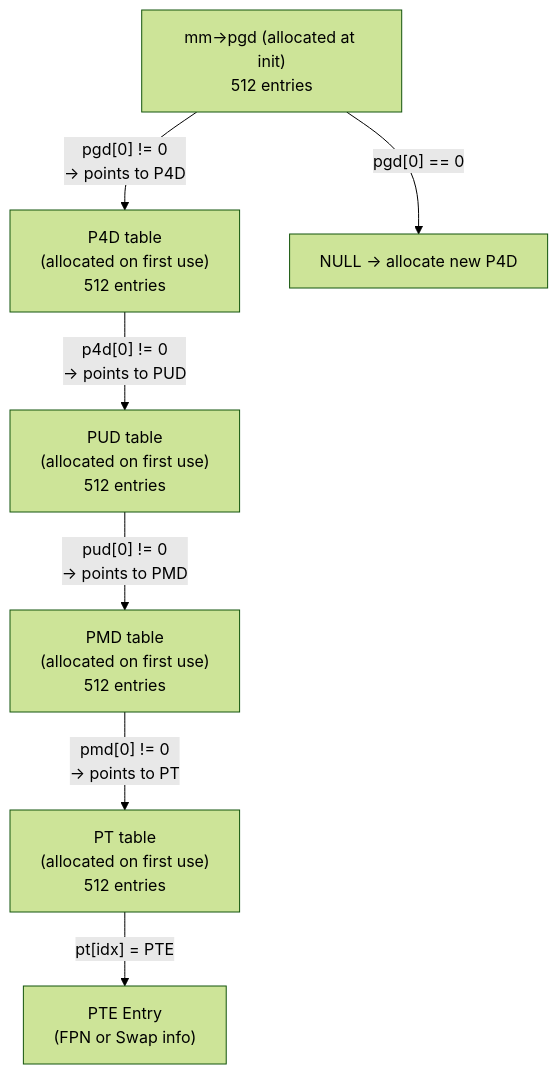
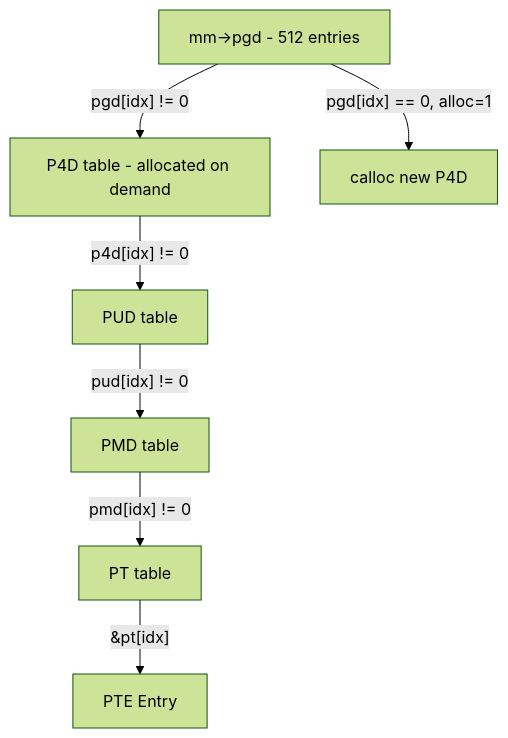
One commit to nguyenphuc24/os_0 changed the second of 3 diagrams in project_documentation.md. Above: the diagram before and after it, drawn with Mermaid (forest theme). The commit also changed other lines of this file, not shown here.

````diff
--- a/project_documentation.md
+++ b/project_documentation.md
@@ -111,9 +229,9 @@
 ```mermaid
 graph TD
-    A["mm->pgd (allocated at init)<br/>512 entries"] --> |"pgd[0] != 0<br/>→ points to P4D"| B["P4D table<br/>(allocated on first use)<br/>512 entries"]
-    B --> |"p4d[0] != 0<br/>→ points to PUD"| C["PUD table<br/>(allocated on first use)<br/>512 entries"]
-    C --> |"pud[0] != 0<br/>→ points to PMD"| D["PMD table<br/>(allocated on first use)<br/>512 entries"]
-    D --> |"pmd[0] != 0<br/>→ points to PT"| E["PT table<br/>(allocated on first use)<br/>512 entries"]
-    E --> |"pt[idx] = PTE"| F["PTE Entry<br/>(FPN or Swap info)"]
-    A --> |"pgd[0] == 0"| G["NULL → allocate new P4D"]
+    A["mm->pgd - 512 entries"] -->|"pgd[idx] != 0"| B["P4D table - allocated on demand"]
+    B -->|"p4d[idx] != 0"| C["PUD table"]
+    C -->|"pud[idx] != 0"| D["PMD table"]
+    D -->|"pmd[idx] != 0"| E["PT table"]
+    E -->|"&pt[idx]"| F["PTE Entry"]
+    A -->|"pgd[idx] == 0, alloc=1"| G["calloc new P4D"]
 ```
````
